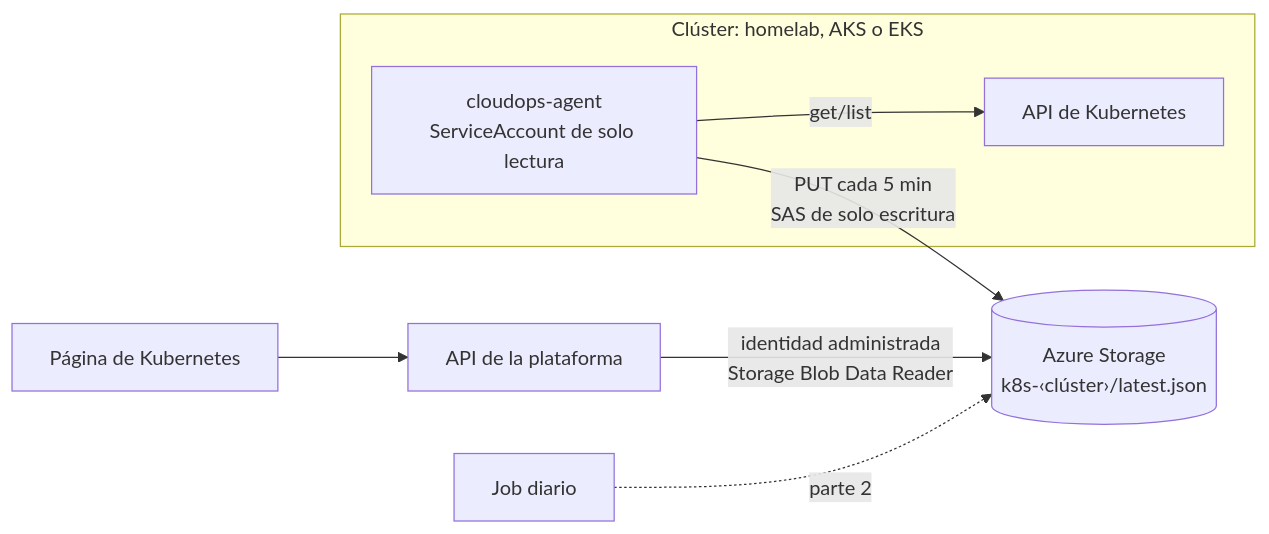
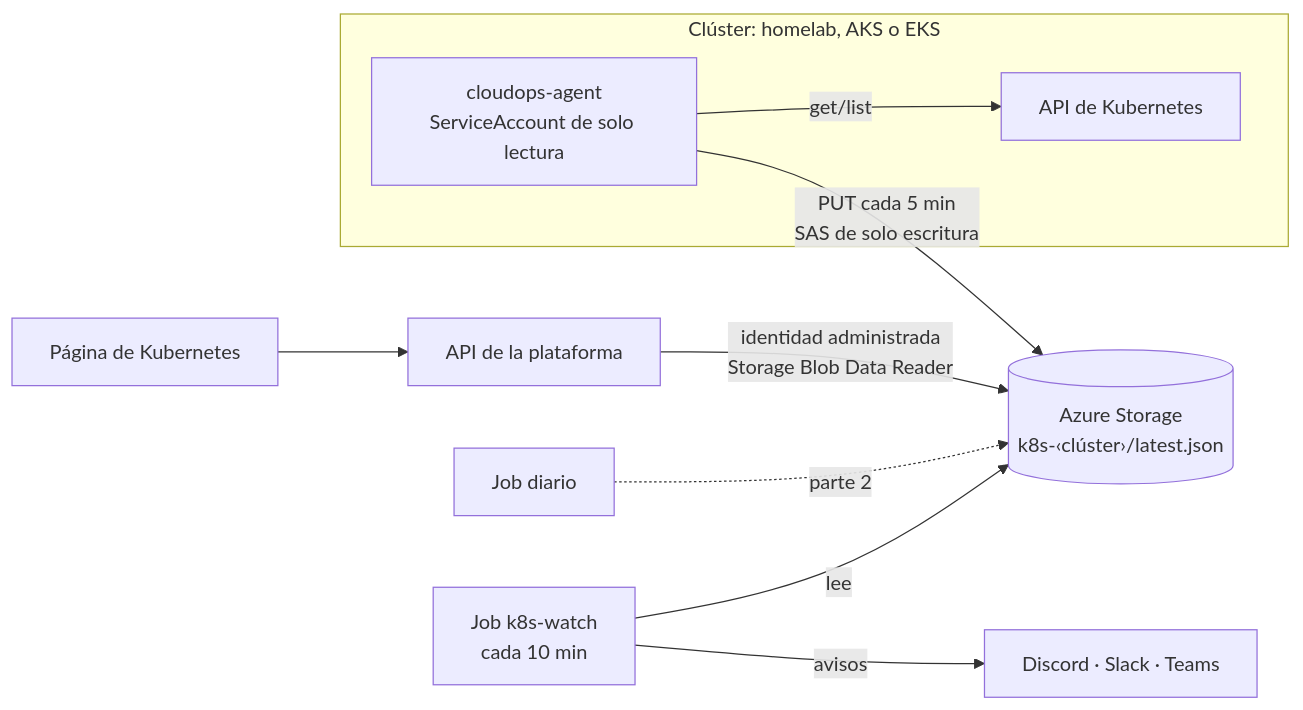
Before and after one commit to miguelortiz13/cloudops-copilot: the diagram in docs/plan/08-kubernetes.md, drawn with Mermaid. The commit also changed other lines of this file and 27 other files, not shown here.

````diff
--- a/docs/plan/08-kubernetes.md
+++ b/docs/plan/08-kubernetes.md
@@ -14,10 +14,12 @@
 ```mermaid
 flowchart LR
     subgraph K[Clúster: homelab, AKS o EKS]
       AG[cloudops-agent<br/>ServiceAccount de solo lectura] -->|get/list| KAPI[API de Kubernetes]
     end
     AG -->|PUT cada 5 min<br/>SAS de solo escritura| BLOB[(Azure Storage<br/>k8s-‹clúster›/latest.json)]
     API[API de la plataforma] -->|identidad administrada<br/>Storage Blob Data Reader| BLOB
     PANEL[Página de Kubernetes] --> API
     JOB[Job diario] -. parte 2 .-> BLOB
+    WATCH[Job k8s-watch<br/>cada 10 min] -->|lee| BLOB
+    WATCH -->|avisos| WH[Discord · Slack · Teams]
 ```
````
